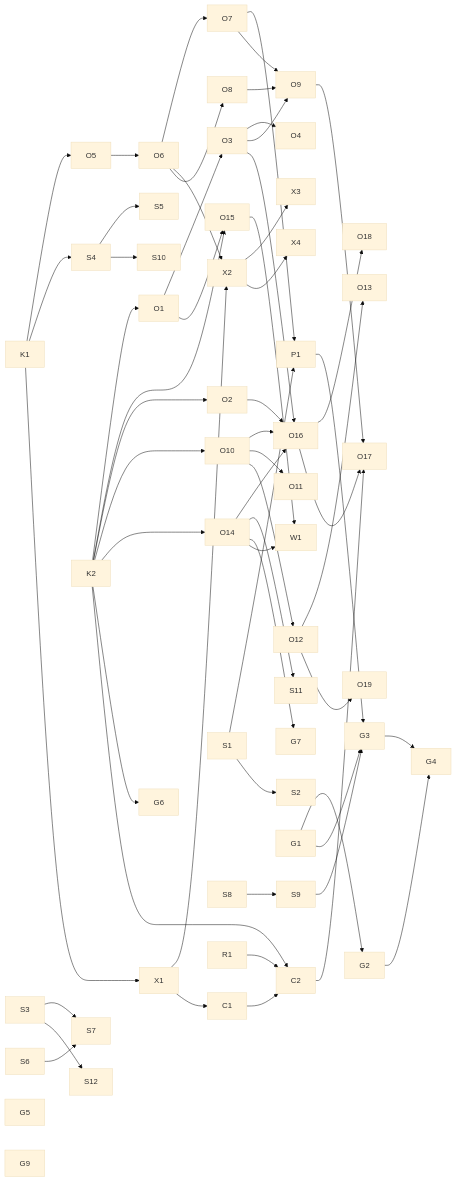
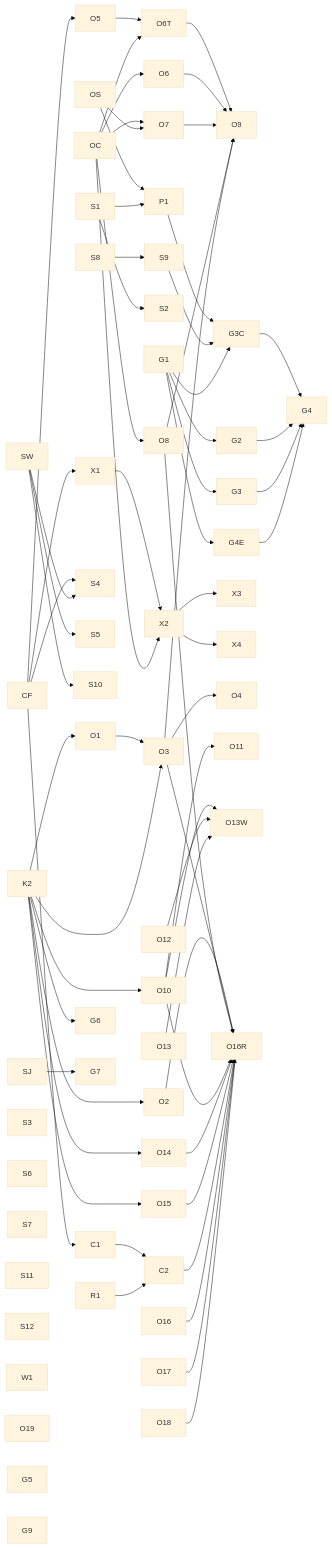
One commit to Life-Framework/Life-Framework changed the diagram in docs/roadmap/m4-slice-plan.md. Above: the diagram before and after it, drawn with Mermaid (base theme). The commit also changed other lines of this file and 3 other files, not shown here.

First line of the commit message:
Docs: widen the M4 slice graph with contract-first slices and splits (#1006)

````diff
--- a/docs/roadmap/m4-slice-plan.md
+++ b/docs/roadmap/m4-slice-plan.md
@@ -150,42 +200,55 @@
 ```mermaid
 graph LR
-  K1 --> O5 --> O6 --> O7 --> P1 --> G3 --> G4
-  K1 --> S4 --> S5
-  S4 --> S10
-  K1 --> X1 --> X2 --> X3
-  X2 --> X4
-  O6 --> X2
-  O6 --> O8 --> O9
-  O7 --> O9
-  K2 --> O1 --> O3 --> O4
-  O1 --> O15
-  K2 --> O15
-  O3 --> O9
-  K2 --> O2 --> O16
-  O3 --> O16
-  K2 --> O10 --> O16
-  O10 --> O11
-  O10 --> O12 --> O13
-  O12 --> O19
-  K2 --> O14 --> O16 --> O18
-  O14 --> S11
-  O14 --> G7
-  K2 --> G6
+  CF --> O5 --> O6T --> O9
+  OC --> O6T
+  OC --> O6 --> O9
+  OC --> O7 --> O9
+  OS --> O7
+  OC --> O8 --> O9
+  OS --> P1 --> G3C --> G4
   S1 --> P1
   S1 --> S2
-  S8 --> S9 --> G3
+  S8 --> S9 --> G3C
   G1 --> G2 --> G4
-  G1 --> G3
-  S3 --> S7
-  S6 --> S7
-  S3 --> S12
-  X1 --> C1 --> C2
+  G1 --> G3 --> G4
+  G1 --> G3C
+  G1 --> G4E --> G4
+  CF --> X1 --> X2 --> X3
+  OC --> X2 --> X4
+  CF --> S4
+  SW --> S4
+  SW --> S5
+  SW --> S10
+  CF --> C1 --> C2
   R1 --> C2
-  K2 --> C2 --> O17
-  O16 --> O17
-  O9 --> O17
-  O14 --> W1
-  O15 --> W1
+  K2 --> O1 --> O3 --> O4
+  K2 --> O3 --> O9
+  K2 --> O2
+  K2 --> O10 --> O11
+  O10 --> O13W
+  O12 --> O13W
+  O13 --> O13W
+  K2 --> O14
+  K2 --> O15
+  K2 --> G6
+  SJ --> G7
+  O2 --> O16R
+  O3 --> O16R
+  O8 --> O16R
+  O10 --> O16R
+  O14 --> O16R
+  O15 --> O16R
+  C2 --> O16R
+  O16 --> O16R
+  O17 --> O16R
+  O18 --> O16R
+  S3
+  S6
+  S7
+  S11
+  S12
+  W1
+  O19
   G5
   G9
 ```
````
